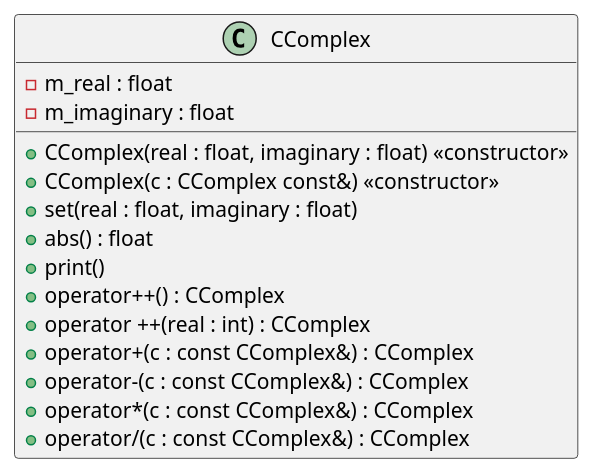
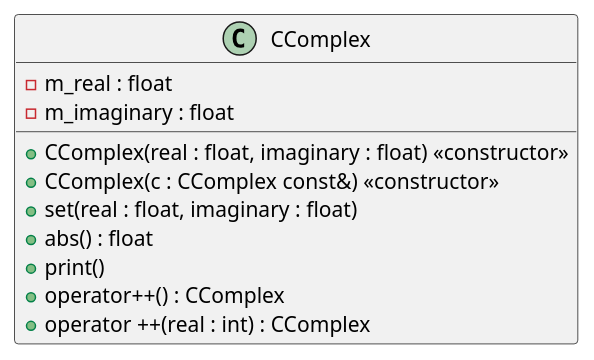
Before and after one commit to Alexander-Wilms/Advanced-Programming-Techniques: the sixth of 46 diagrams in UML diagrams.md, drawn with PlantUML. The commit also changed other lines of this file and 171 other files, not shown here.

````diff
--- a/UML diagrams.md
+++ b/UML diagrams.md
@@ -564,20 +659,16 @@
 ```plantuml
 @startuml
 class CComplex {
  	-m_real : float
  	-m_imaginary : float
 
  	+ CComplex(real : float, imaginary : float) <<constructor>>
  	+ CComplex(c : CComplex const&) <<constructor>>
  	+ set(real : float, imaginary : float)
  	+ abs() : float
  	+ print()
  	+ operator++() : CComplex
  	+ operator ++(real : int) : CComplex
- 	+ operator+(c : const CComplex&) : CComplex
- 	+ operator-(c : const CComplex&) : CComplex
- 	+ operator*(c : const CComplex&) : CComplex
- 	+ operator/(c : const CComplex&) : CComplex
 }
 @enduml
 ```
````
